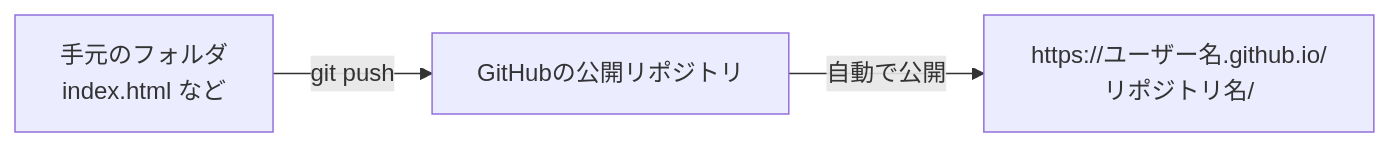
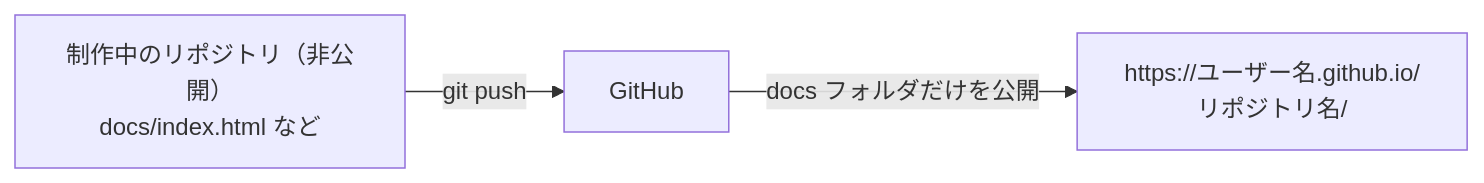
Before and after one commit to mitsuya3471/thesis: the diagram in courses/付録_GitHub_Pages.md, drawn with Mermaid. The commit also changed other lines of this file and 1 other file, not shown here.

First line of the commit message:
GitHub Pages の付録を学生認証・非公開リポジトリ前提に書き直す

````diff
--- a/courses/付録_GitHub_Pages.md
+++ b/courses/付録_GitHub_Pages.md
@@ -7,5 +7,5 @@
 ```mermaid
 flowchart LR
-    L["手元のフォルダ<br/>index.html など"] -- "git push" --> R["GitHubの公開リポジトリ"]
-    R -- "自動で公開" --> W["https://ユーザー名.github.io/リポジトリ名/"]
+    L["制作中のリポジトリ（非公開）<br/>docs/index.html など"] -- "git push" --> R["GitHub"]
+    R -- "docs フォルダだけを公開" --> W["https://ユーザー名.github.io/リポジトリ名/"]
 ```
````
